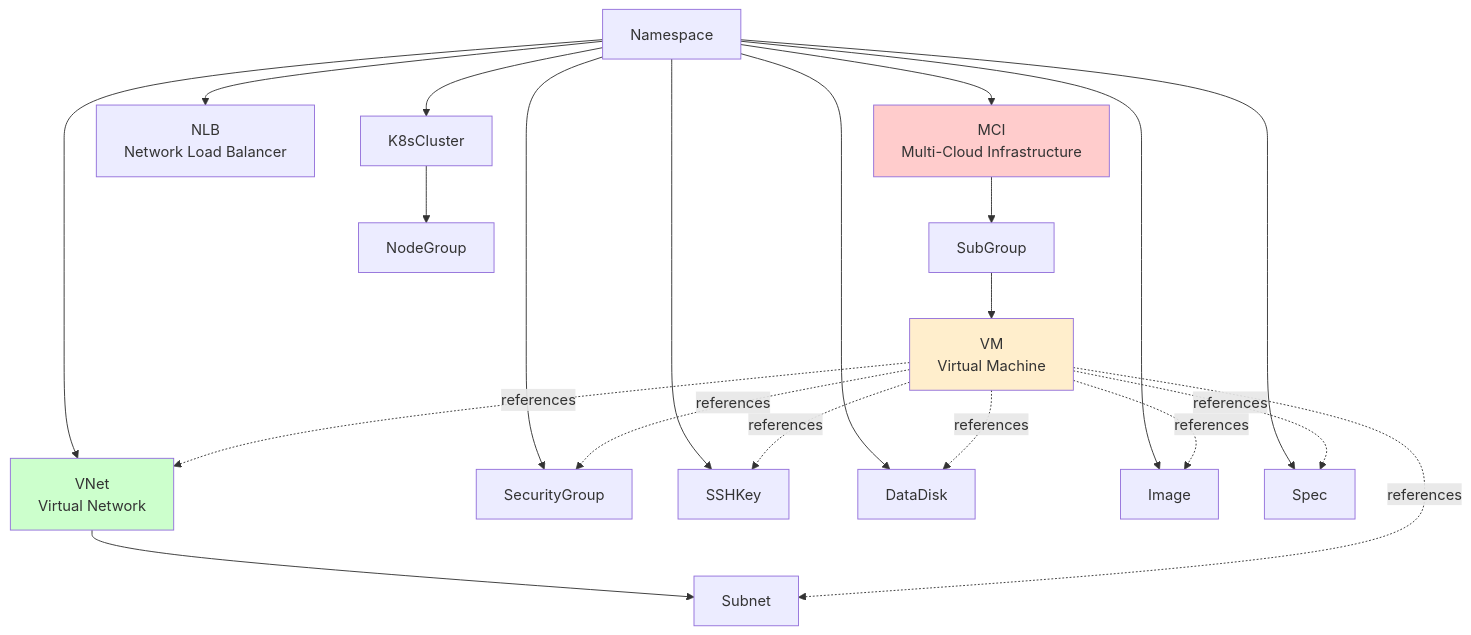
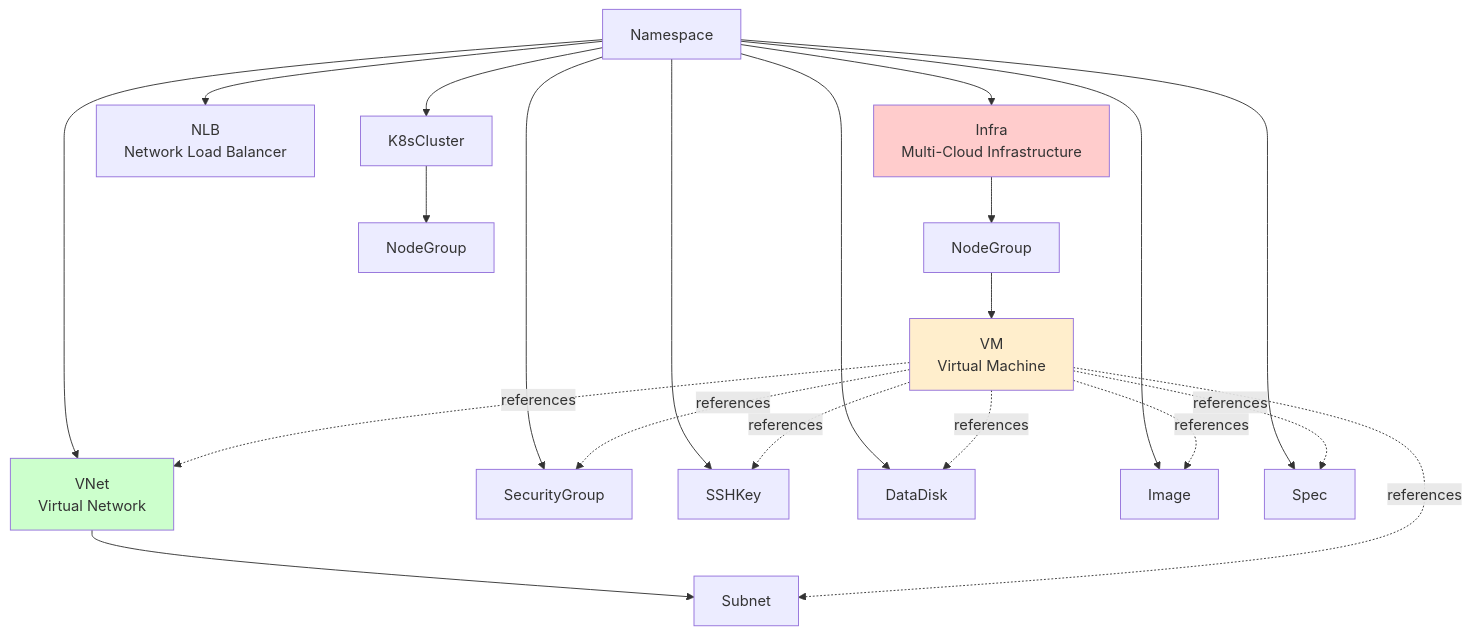
One commit to cloud-barista/cb-tumblebug changed the third of 10 diagrams in docs/feature_guide/namespace-and-resource-identity.md. Above: the diagram before and after it, drawn with Mermaid. The commit also changed other lines of this file and 197 other files, not shown here.

Commit message:
Refactor MIC and SubGroup to Infra and NodeGroup

````diff
--- a/docs/feature_guide/namespace-and-resource-identity.md
+++ b/docs/feature_guide/namespace-and-resource-identity.md
@@ -121,33 +121,33 @@
 ```mermaid
 graph TB
     NS[Namespace]
     
-    NS --> MCI[MCI<br/>Multi-Cloud Infrastructure]
+    NS --> Infra[Infra<br/>Multi-Cloud Infrastructure]
     NS --> VNET[VNet<br/>Virtual Network]
     NS --> SG[SecurityGroup]
     NS --> SSHKEY[SSHKey]
     NS --> DISK[DataDisk]
     NS --> IMAGE[Image]
     NS --> SPEC[Spec]
     NS --> NLB[NLB<br/>Network Load Balancer]
     NS --> K8S[K8sCluster]
     
-    MCI --> SUBGROUP[SubGroup]
-    SUBGROUP --> VM[VM<br/>Virtual Machine]
+    Infra --> NodeGroup[NodeGroup]
+    NodeGroup --> VM[VM<br/>Virtual Machine]
     
     VNET --> SUBNET[Subnet]
     
     K8S --> NODEGROUP[NodeGroup]
     
     VM -.references.-> VNET
     VM -.references.-> SUBNET
     VM -.references.-> SG
     VM -.references.-> SSHKEY
     VM -.references.-> DISK
     VM -.references.-> SPEC
     VM -.references.-> IMAGE
     
-    style MCI fill:#ffcccc
+    style Infra fill:#ffcccc
     style VNET fill:#ccffcc
     style VM fill:#ffeecc
 ```
````
